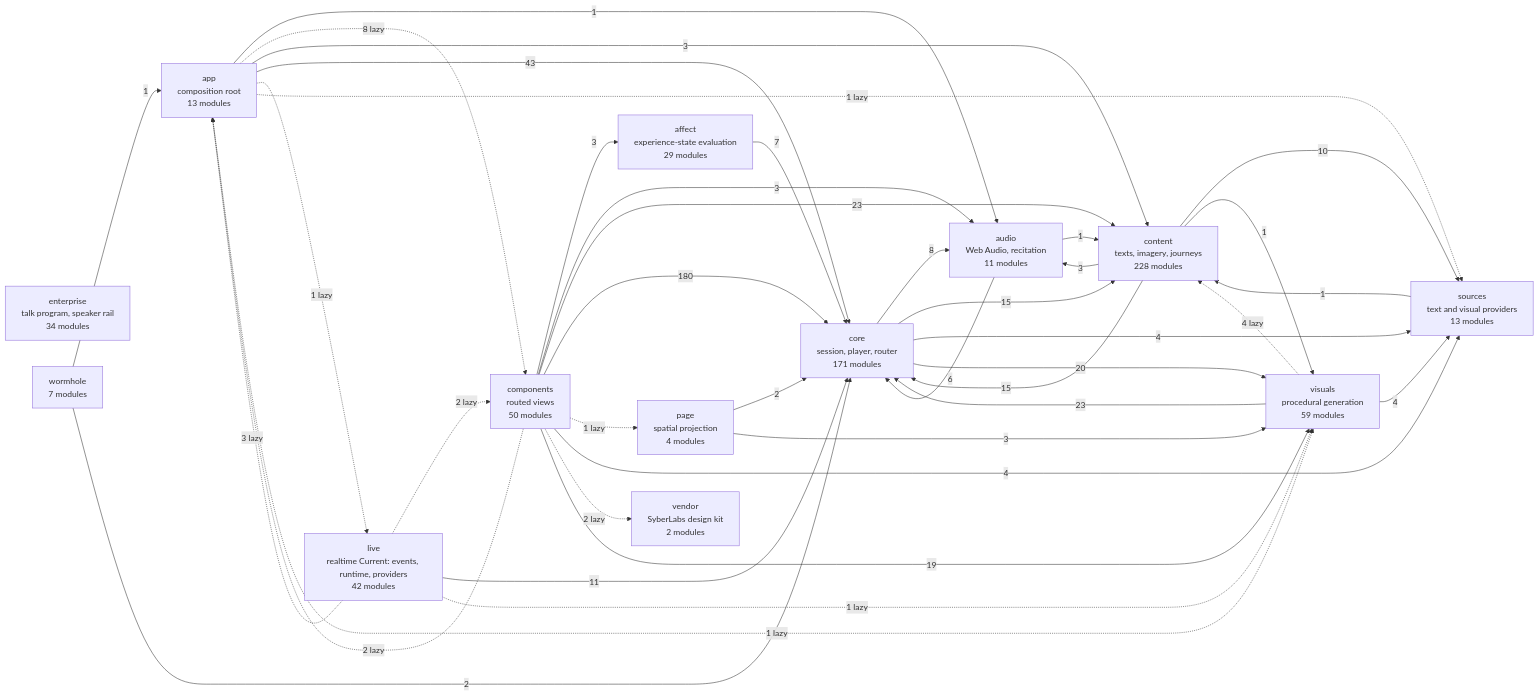
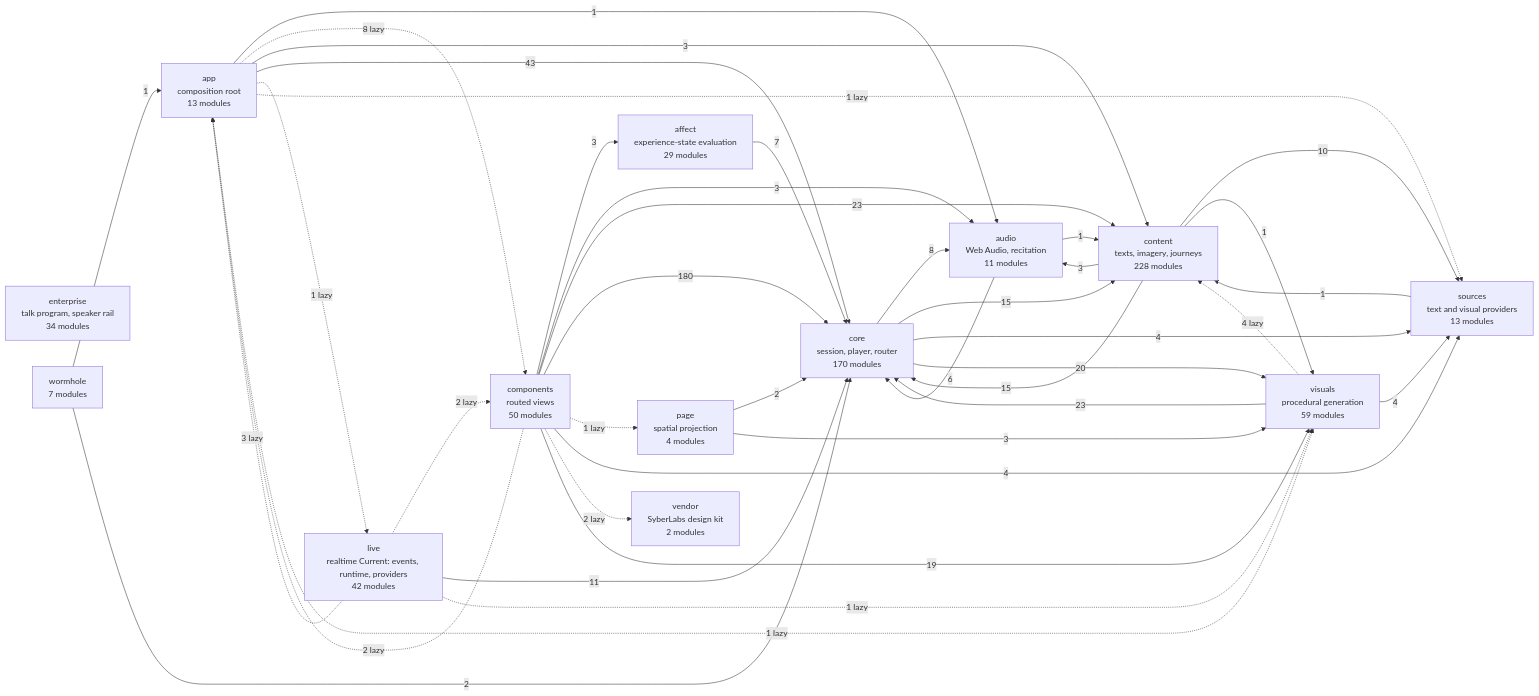
One commit to SyberLabs/RISE changed the diagram in docs/specs/ARCHITECTURE.md. Above: the diagram before and after it, drawn with Mermaid. The commit also changed other lines of this file and 16 other files, not shown here.

````diff
--- a/docs/specs/ARCHITECTURE.md
+++ b/docs/specs/ARCHITECTURE.md
@@ -154,56 +154,56 @@
 ```mermaid
 flowchart LR
     affect["affect<br/>experience-state evaluation<br/>29 modules"]
     app["app<br/>composition root<br/>13 modules"]
     audio["audio<br/>Web Audio, recitation<br/>11 modules"]
     components["components<br/>routed views<br/>50 modules"]
     content["content<br/>texts, imagery, journeys<br/>228 modules"]
-    core["core<br/>session, player, router<br/>171 modules"]
+    core["core<br/>session, player, router<br/>170 modules"]
     enterprise["enterprise<br/>talk program, speaker rail<br/>34 modules"]
     live["live<br/>realtime Current: events, runtime, providers<br/>42 modules"]
     page["page<br/>spatial projection<br/>4 modules"]
     sources["sources<br/>text and visual providers<br/>13 modules"]
     vendor["vendor<br/>SyberLabs design kit<br/>2 modules"]
     visuals["visuals<br/>procedural generation<br/>59 modules"]
     wormhole["wormhole<br/>7 modules"]
 
     affect --> |7| core
     app --> |1| audio
     app -.-> |8 lazy| components
     app --> |3| content
     app --> |43| core
     app -.-> |1 lazy| live
     app -.-> |1 lazy| sources
     app -.-> |1 lazy| visuals
     audio --> |1| content
     audio --> |6| core
     components --> |3| affect
     components -.-> |2 lazy| app
     components --> |3| audio
     components --> |23| content
     components --> |180| core
     components -.-> |1 lazy| page
     components --> |4| sources
     components -.-> |2 lazy| vendor
     components --> |19| visuals
     content --> |3| audio
     content --> |15| core
     content --> |10| sources
     content --> |1| visuals
     core --> |8| audio
     core --> |15| content
     core --> |4| sources
     core --> |20| visuals
     live -.-> |3 lazy| app
     live -.-> |2 lazy| components
     live --> |11| core
     live -.-> |1 lazy| visuals
     page --> |2| core
     page --> |3| visuals
     sources --> |1| content
     visuals -.-> |4 lazy| content
     visuals --> |23| core
     visuals --> |4| sources
     wormhole --> |1| app
     wormhole --> |2| core
 ```
````
